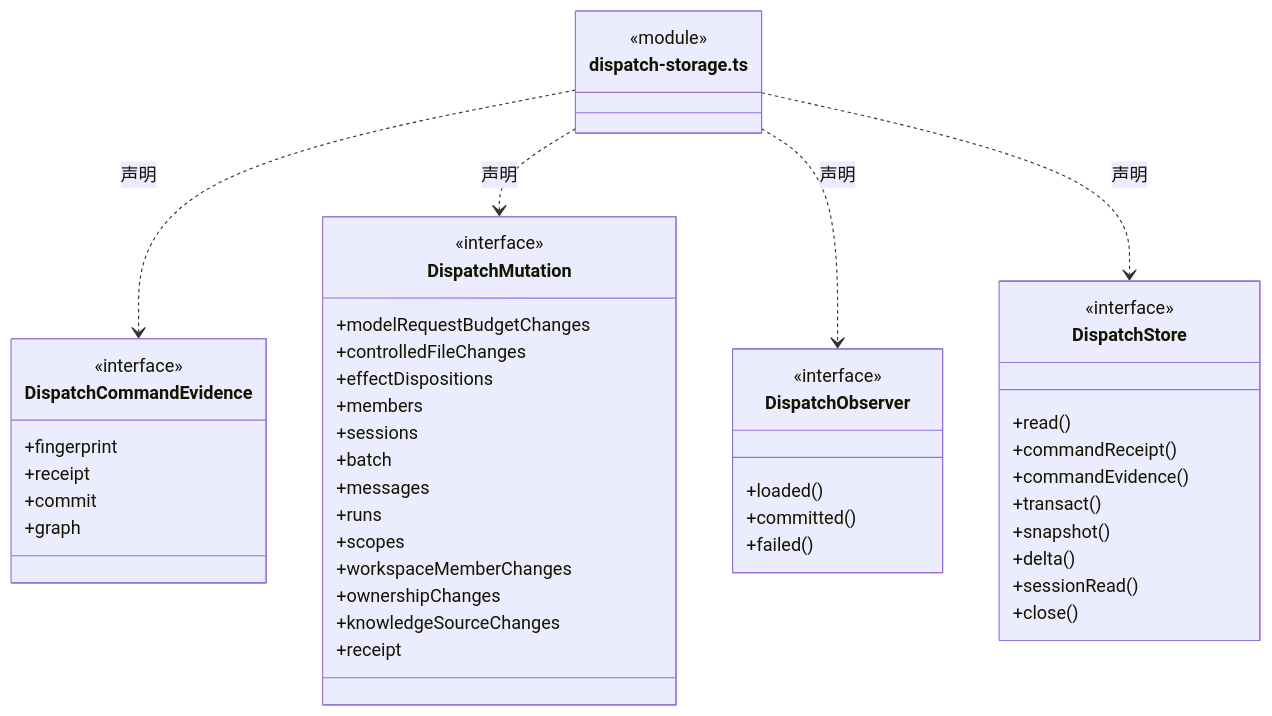
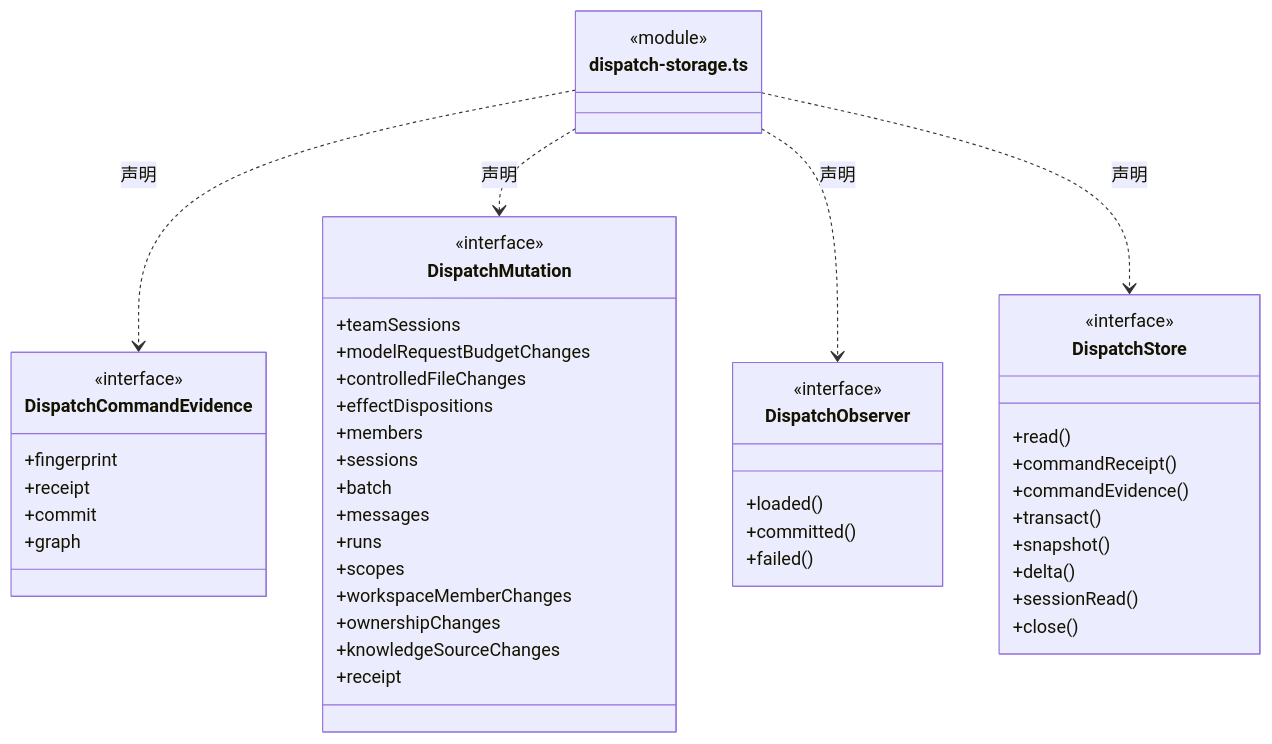
The fourth of 4 diagrams in src/logic/dispatch/rules/ARCHITECTURE.md (nan023062/cbim), drawn with Mermaid before and after one commit. The commit also changed other lines of this file and 26 other files, not shown here.

````diff
--- a/src/logic/dispatch/rules/ARCHITECTURE.md
+++ b/src/logic/dispatch/rules/ARCHITECTURE.md
@@ -134,50 +135,51 @@
 ```mermaid
 classDiagram
 class N_src_logic_dispatch_rules_dispatch_storage_ts["dispatch-storage.ts"] {
   <<module>>
 }
 class N_src_logic_dispatch_rules_dispatch_storage_ts_DispatchCommandEvidence["DispatchCommandEvidence"] {
   <<interface>>
   +fingerprint
   +receipt
   +commit
   +graph
 }
 N_src_logic_dispatch_rules_dispatch_storage_ts ..> N_src_logic_dispatch_rules_dispatch_storage_ts_DispatchCommandEvidence : 声明
 class N_src_logic_dispatch_rules_dispatch_storage_ts_DispatchMutation["DispatchMutation"] {
   <<interface>>
+  +teamSessions
   +modelRequestBudgetChanges
   +controlledFileChanges
   +effectDispositions
   +members
   +sessions
   +batch
   +messages
   +runs
   +scopes
   +workspaceMemberChanges
   +ownershipChanges
   +knowledgeSourceChanges
   +receipt
 }
 N_src_logic_dispatch_rules_dispatch_storage_ts ..> N_src_logic_dispatch_rules_dispatch_storage_ts_DispatchMutation : 声明
 class N_src_logic_dispatch_rules_dispatch_storage_ts_DispatchObserver["DispatchObserver"] {
   <<interface>>
   +loaded()
   +committed()
   +failed()
 }
 N_src_logic_dispatch_rules_dispatch_storage_ts ..> N_src_logic_dispatch_rules_dispatch_storage_ts_DispatchObserver : 声明
 class N_src_logic_dispatch_rules_dispatch_storage_ts_DispatchStore["DispatchStore"] {
   <<interface>>
   +read()
   +commandReceipt()
   +commandEvidence()
   +transact()
   +snapshot()
   +delta()
   +sessionRead()
   +close()
 }
 N_src_logic_dispatch_rules_dispatch_storage_ts ..> N_src_logic_dispatch_rules_dispatch_storage_ts_DispatchStore : 声明
 ```
````
